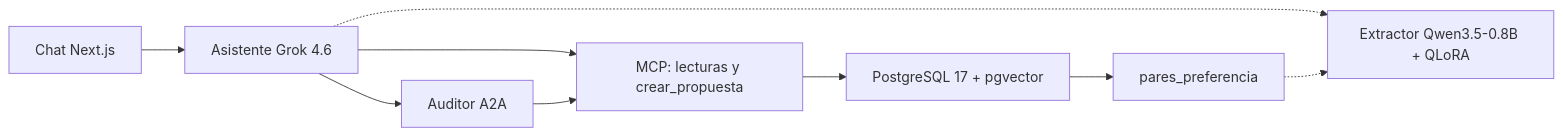
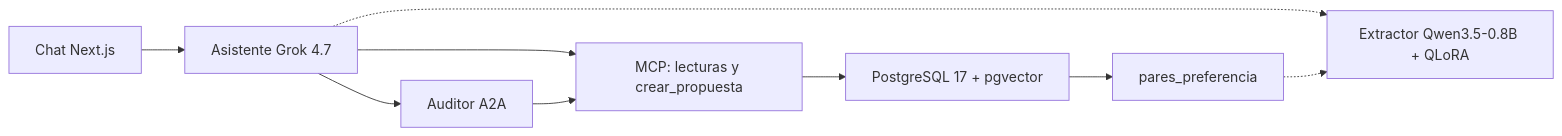
Before and after one commit to david-botero10/proyecto-final-nlp-eafit: the diagram in README.md, drawn with Mermaid. The commit also changed other lines of this file and 5 other files, not shown here.

````diff
--- a/README.md
+++ b/README.md
@@ -39,11 +39,11 @@
 ```mermaid
 flowchart LR
-    UI["Chat Next.js"] --> AS["Asistente Grok 4.6"]
+    UI["Chat Next.js"] --> AS["Asistente Grok 4.7"]
     AS --> MCP["MCP: lecturas y crear_propuesta"]
     AS --> AUD["Auditor A2A"]
     MCP --> PG["PostgreSQL 17 + pgvector"]
     AUD --> MCP
     AS -.-> EXT["Extractor Qwen3.5-0.8B + QLoRA"]
     PG --> DPO["pares_preferencia"]
     DPO -.-> EXT
 ```
````
